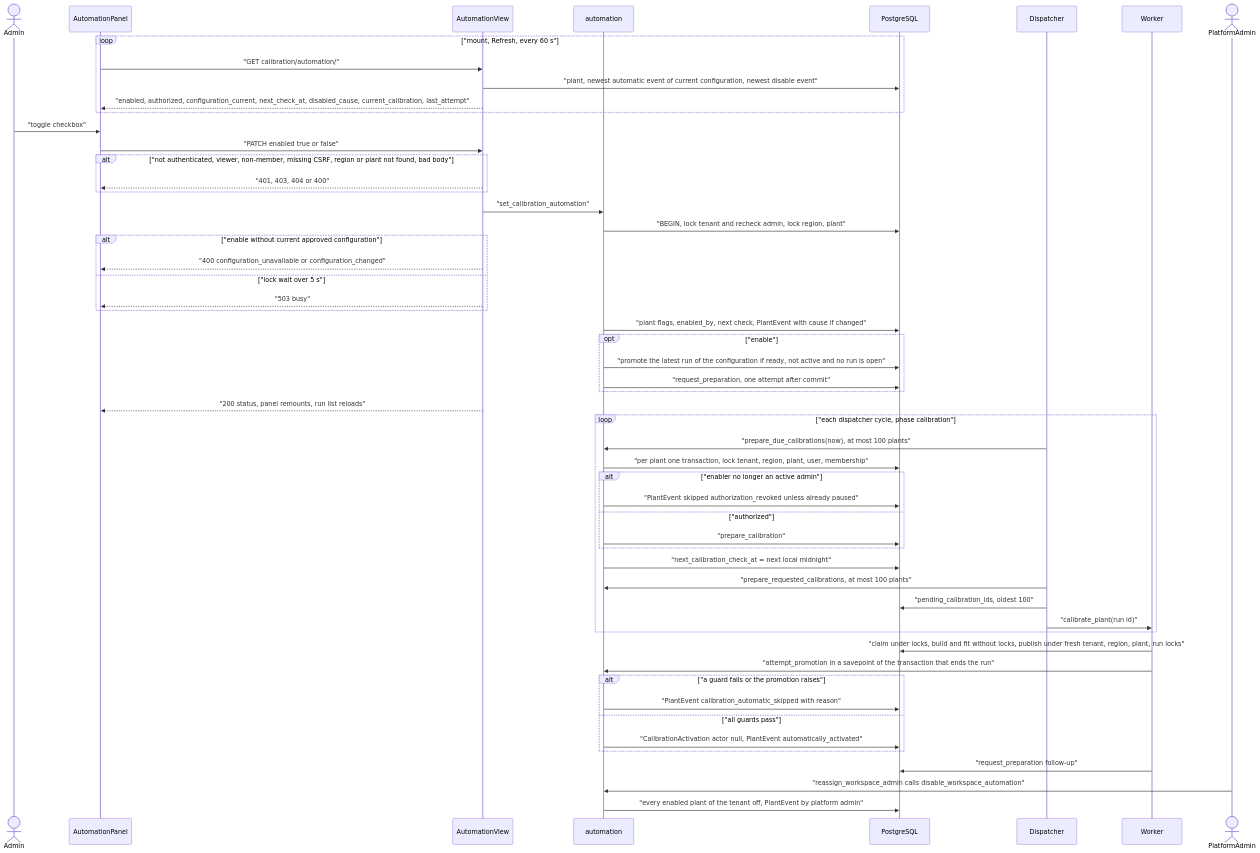
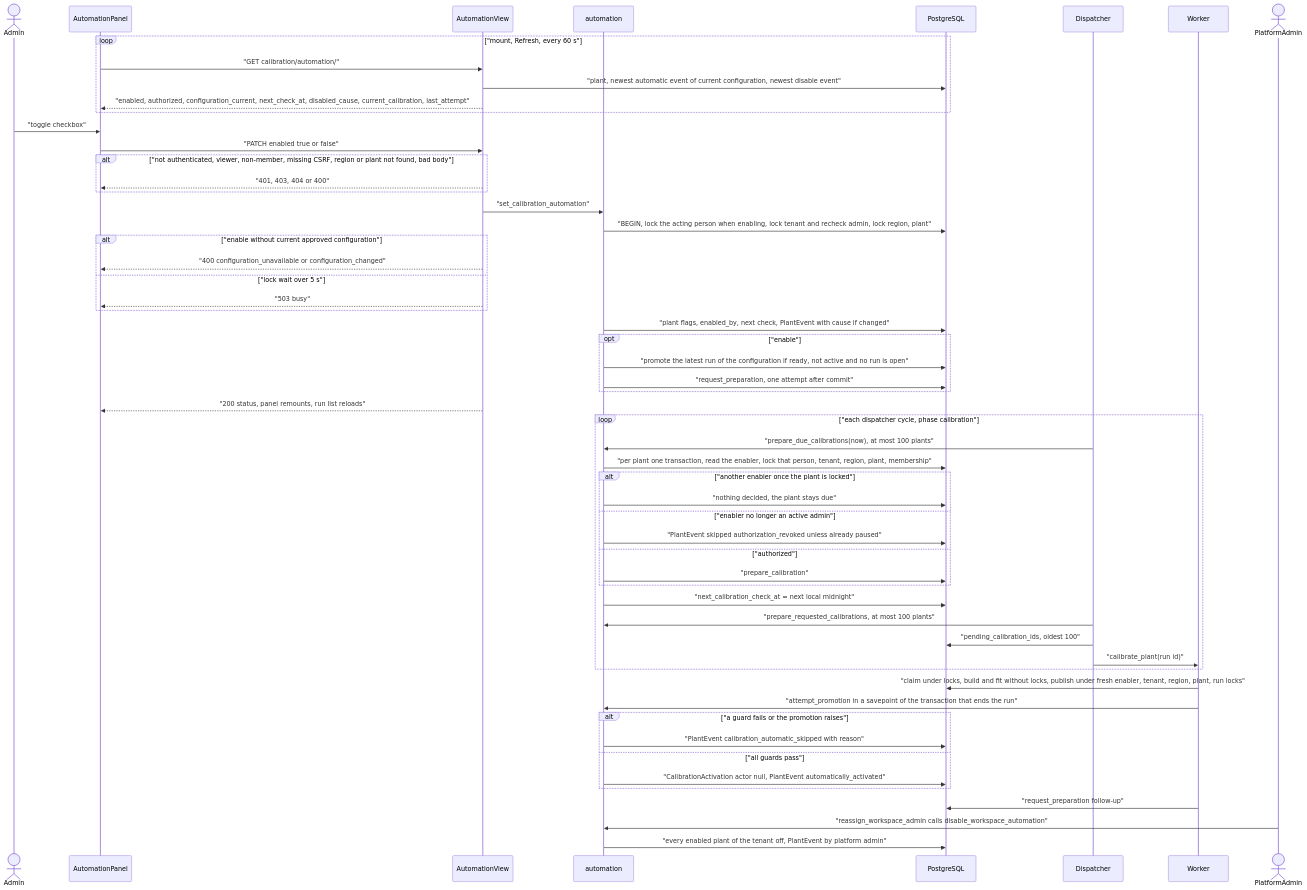
Before and after one commit to erkurtharun/pyracast: the diagram in docs/flows/calibration-automation.md, drawn with Mermaid. The commit also changed other lines of this file, not shown here.

Commit message:
State that calibration automation locks the plant's enabling person before the workspace

````diff
--- a/docs/flows/calibration-automation.md
+++ b/docs/flows/calibration-automation.md
@@ -16,57 +16,59 @@
 ```mermaid
 sequenceDiagram
     actor Adm as Admin
     participant UI as AutomationPanel
     participant API as AutomationView
     participant Auto as automation
     participant DB as PostgreSQL
     participant Disp as Dispatcher
     participant W as Worker
     actor Op as PlatformAdmin
     loop "mount, Refresh, every 60 s"
         UI->>API: "GET calibration/automation/"
         API->>DB: "plant, newest automatic event of current configuration, newest disable event"
         API-->>UI: "enabled, authorized, configuration_current, next_check_at, disabled_cause, current_calibration, last_attempt"
     end
     Adm->>UI: "toggle checkbox"
     UI->>API: "PATCH enabled true or false"
     alt "not authenticated, viewer, non-member, missing CSRF, region or plant not found, bad body"
         API-->>UI: "401, 403, 404 or 400"
     end
     API->>Auto: "set_calibration_automation"
-    Auto->>DB: "BEGIN, lock tenant and recheck admin, lock region, plant"
+    Auto->>DB: "BEGIN, lock the acting person when enabling, lock tenant and recheck admin, lock region, plant"
     alt "enable without current approved configuration"
         API-->>UI: "400 configuration_unavailable or configuration_changed"
     else "lock wait over 5 s"
         API-->>UI: "503 busy"
     end
     Auto->>DB: "plant flags, enabled_by, next check, PlantEvent with cause if changed"
     opt "enable"
         Auto->>DB: "promote the latest run of the configuration if ready, not active and no run is open"
         Auto->>DB: "request_preparation, one attempt after commit"
     end
     API-->>UI: "200 status, panel remounts, run list reloads"
     loop "each dispatcher cycle, phase calibration"
         Disp->>Auto: "prepare_due_calibrations(now), at most 100 plants"
-        Auto->>DB: "per plant one transaction, lock tenant, region, plant, user, membership"
-        alt "enabler no longer an active admin"
+        Auto->>DB: "per plant one transaction, read the enabler, lock that person, tenant, region, plant, membership"
+        alt "another enabler once the plant is locked"
+            Auto->>DB: "nothing decided, the plant stays due"
+        else "enabler no longer an active admin"
             Auto->>DB: "PlantEvent skipped authorization_revoked unless already paused"
         else "authorized"
             Auto->>DB: "prepare_calibration"
         end
         Auto->>DB: "next_calibration_check_at = next local midnight"
         Disp->>Auto: "prepare_requested_calibrations, at most 100 plants"
         Disp->>DB: "pending_calibration_ids, oldest 100"
         Disp->>W: "calibrate_plant(run id)"
     end
-    W->>DB: "claim under locks, build and fit without locks, publish under fresh tenant, region, plant, run locks"
+    W->>DB: "claim under locks, build and fit without locks, publish under fresh enabler, tenant, region, plant, run locks"
     W->>Auto: "attempt_promotion in a savepoint of the transaction that ends the run"
     alt "a guard fails or the promotion raises"
         Auto->>DB: "PlantEvent calibration_automatic_skipped with reason"
     else "all guards pass"
         Auto->>DB: "CalibrationActivation actor null, PlantEvent automatically_activated"
     end
     W->>DB: "request_preparation follow-up"
     Op->>Auto: "reassign_workspace_admin calls disable_workspace_automation"
     Auto->>DB: "every enabled plant of the tenant off, PlantEvent by platform admin"
 ```
````
